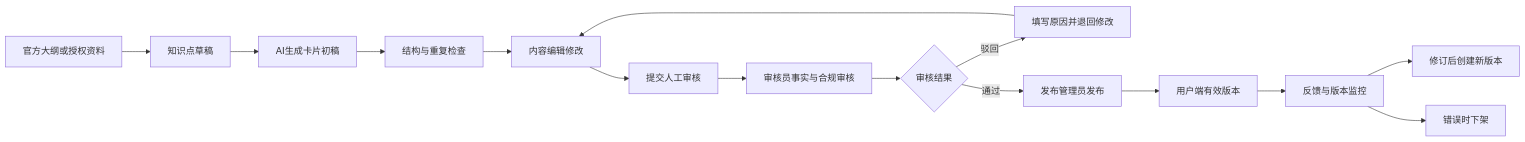
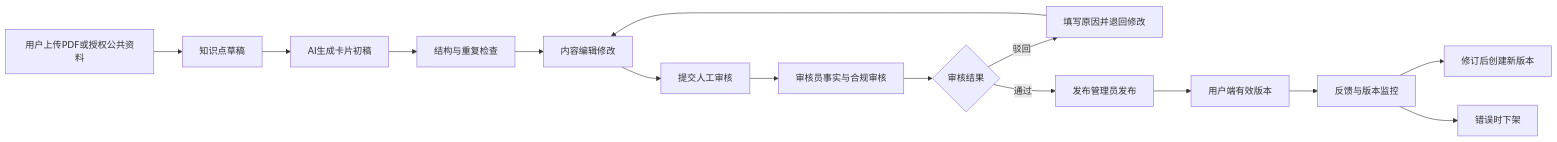
The fifth of 6 diagrams in docs/module-design.md (Anchor-anke/KnowledgeCard), drawn with Mermaid before and after one commit. The commit also changed other lines of this file and 34 other files, not shown here.

````diff
--- a/docs/module-design.md
+++ b/docs/module-design.md
@@ -631,17 +745,17 @@
 ```mermaid
 flowchart LR
-  sourceInput["官方大纲或授权资料"] --> knowledgeDraft["知识点草稿"]
+  sourceInput["用户上传PDF或授权公共资料"] --> knowledgeDraft["知识点草稿"]
   knowledgeDraft --> aiGenerate["AI生成卡片初稿"]
   aiGenerate --> aiCheck["结构与重复检查"]
   aiCheck --> editorReview["内容编辑修改"]
   editorReview --> submitReview["提交人工审核"]
   submitReview --> reviewer["审核员事实与合规审核"]
   reviewer --> reviewDecision{"审核结果"}
   reviewDecision -->|"驳回"| revise["填写原因并退回修改"]
   revise --> editorReview
   reviewDecision -->|"通过"| publisher["发布管理员发布"]
   publisher --> publishedVersion["用户端有效版本"]
   publishedVersion --> monitorFeedback["反馈与版本监控"]
   monitorFeedback --> republish["修订后创建新版本"]
   monitorFeedback --> unpublish["错误时下架"]
 ```
````
